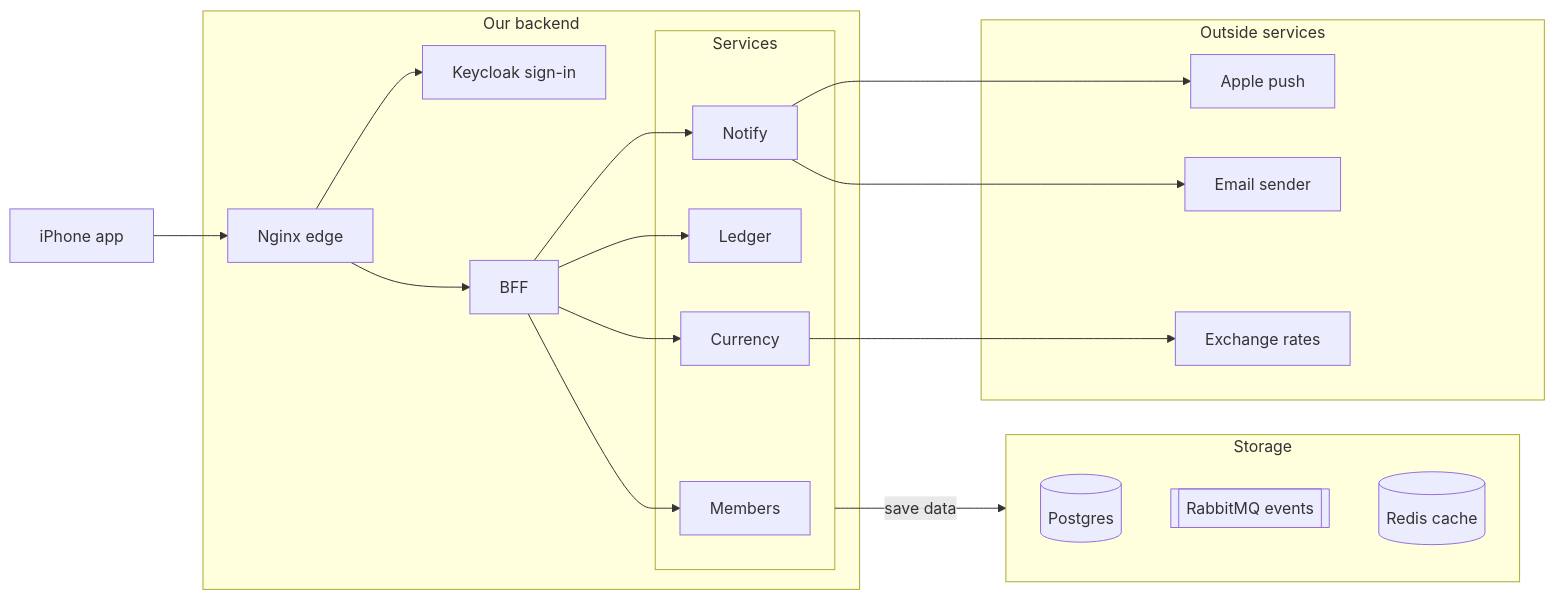
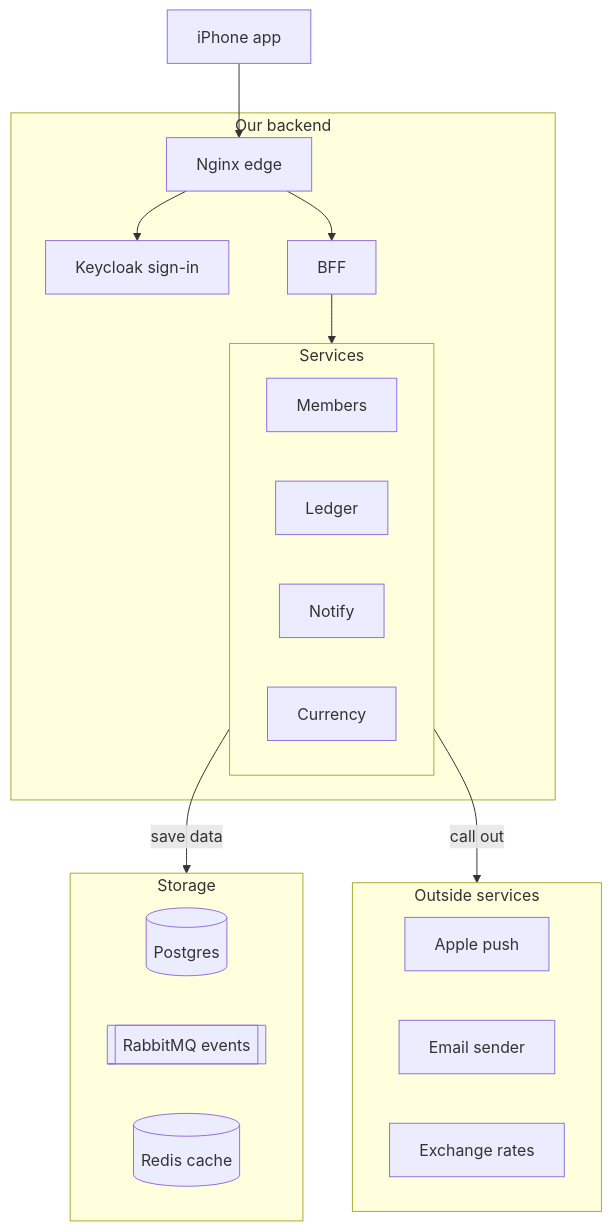
The diagram in README.md (ravialdyh/my-money-recap-monorepo), drawn with Mermaid before and after one commit. The commit also changed other lines of this file, not shown here.

Commit message:
docs: draw the system diagram top to bottom in layers

````diff
--- a/README.md
+++ b/README.md
@@ -20,36 +20,34 @@
 ```mermaid
-flowchart LR
+flowchart TD
     phone["iPhone app"]
     subgraph backend["Our backend"]
         edge["Nginx edge"]
         keycloak["Keycloak sign-in"]
         bff["BFF"]
         subgraph services["Services"]
+            direction LR
             members["Members"]
             ledger["Ledger"]
             notify["Notify"]
             currency["Currency"]
         end
     end
     subgraph storage["Storage"]
+        direction LR
         postgres[("Postgres")]
         rabbit[["RabbitMQ events"]]
         redis[("Redis cache")]
     end
     subgraph outside["Outside services"]
+        direction LR
         apns["Apple push"]
         mail["Email sender"]
         rates["Exchange rates"]
     end
     phone --> edge
     edge --> keycloak
     edge --> bff
-    bff --> members
-    bff --> ledger
-    bff --> notify
-    bff --> currency
+    bff --> services
     services -- "save data" --> storage
-    notify --> apns
-    notify --> mail
-    currency --> rates
+    services -- "call out" --> outside
 ```
````
